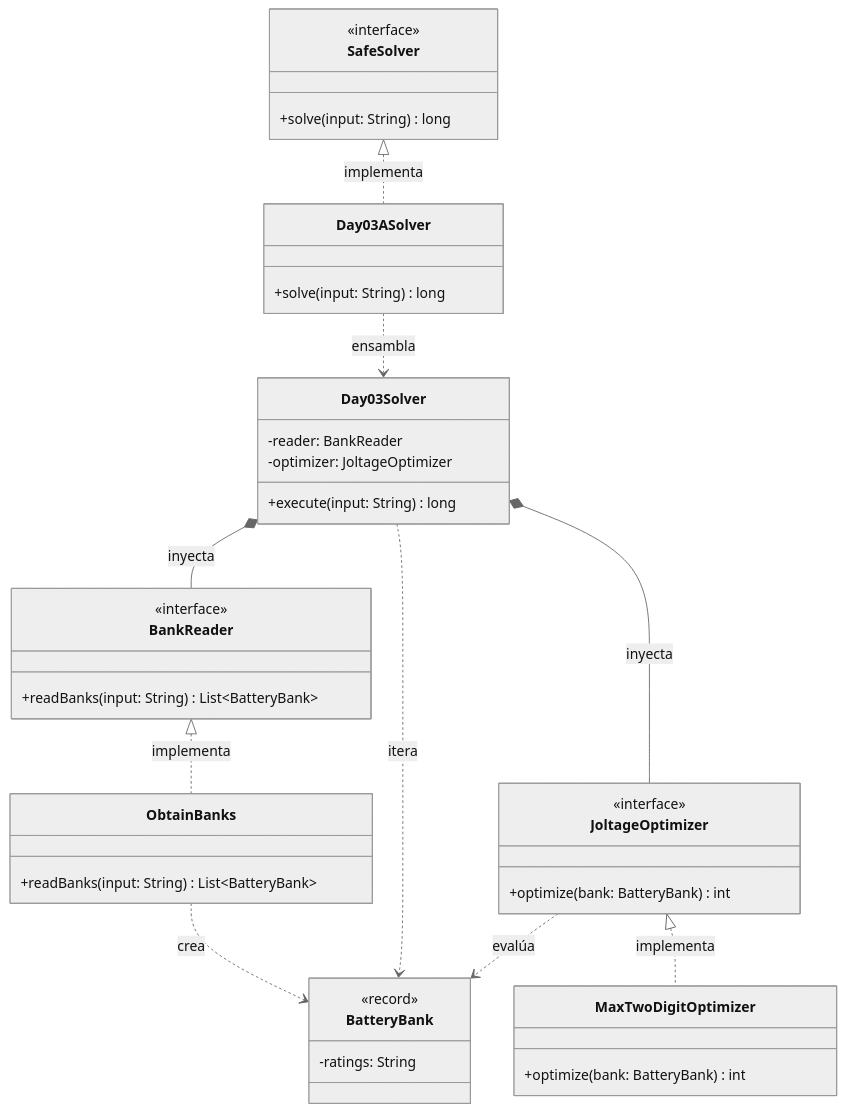
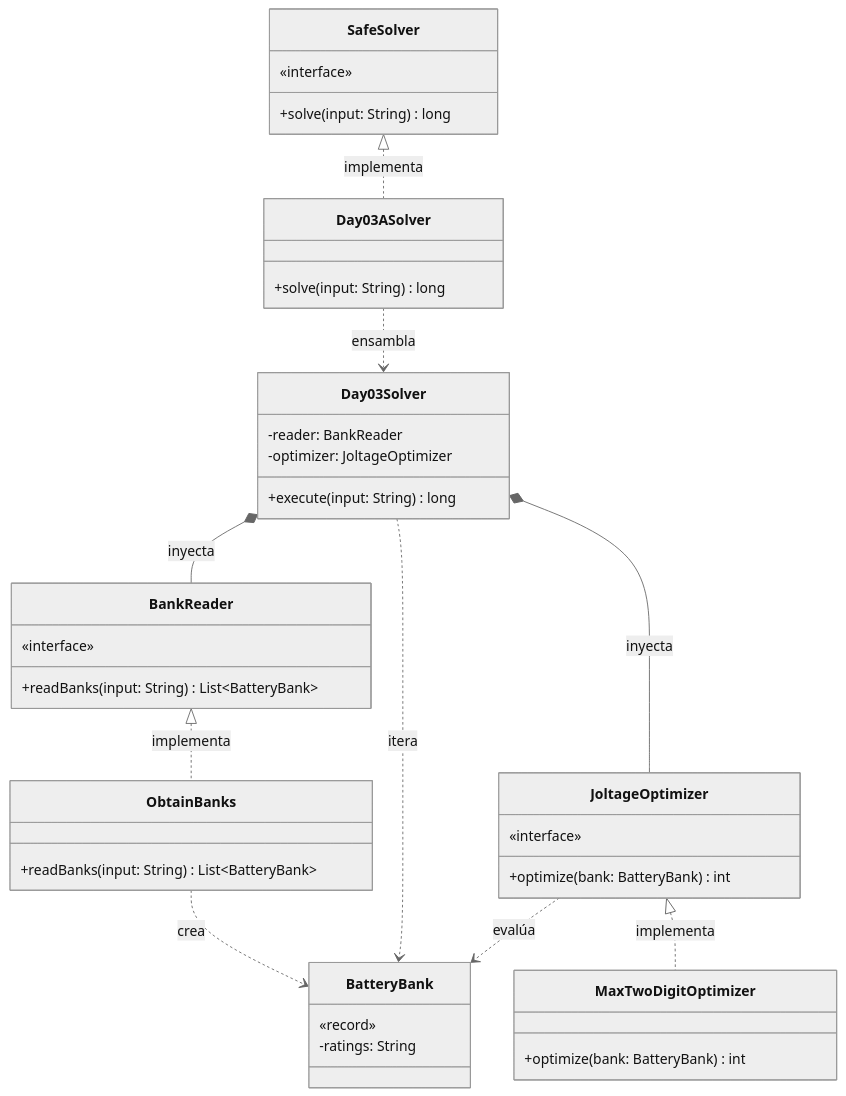
One commit to ivanperezdiaz829/AoC2025 changed the diagram in src/main/java/software/aoc/day03/README.md. Above: the diagram before and after it, drawn with Mermaid (neutral theme). The commit also changed 1 other file, not shown here.

Commit message:
fix(README): Day03 README visual problem solved

````diff
--- a/src/main/java/software/aoc/day03/README.md
+++ b/src/main/java/software/aoc/day03/README.md
@@ -36,55 +36,55 @@
 ```mermaid
 classDiagram
     class SafeSolver {
-        <<interface>>
+        «interface»
         +solve(input: String) long
     }
 
     class Day03ASolver {
         +solve(input: String) long
     }
 
     class Day03Solver {
         -reader: BankReader
         -optimizer: JoltageOptimizer
         +execute(input: String) long
     }
 
     class BatteryBank {
-        <<record>>
+        «record»
         -ratings: String
     }
 
     class BankReader {
-        <<interface>>
+        «interface»
         +readBanks(input: String) List~BatteryBank~
     }
 
     class ObtainBanks {
         +readBanks(input: String) List~BatteryBank~
     }
 
     class JoltageOptimizer {
-        <<interface>>
+        «interface»
         +optimize(bank: BatteryBank) int
     }
 
     class MaxTwoDigitOptimizer {
         +optimize(bank: BatteryBank) int
     }
 
 %% Relaciones de Implementación
     SafeSolver <|.. Day03ASolver : implementa
     BankReader <|.. ObtainBanks : implementa
     JoltageOptimizer <|.. MaxTwoDigitOptimizer : implementa
 
 %% Relaciones de Orquestación e Inyección
     Day03ASolver ..> Day03Solver : ensambla
     Day03Solver *-- BankReader : inyecta
     Day03Solver *-- JoltageOptimizer : inyecta
 
 %% Dependencias de Dominio
     ObtainBanks ..> BatteryBank : crea
     Day03Solver ..> BatteryBank : itera
     JoltageOptimizer ..> BatteryBank : evalúa
 ```
````
